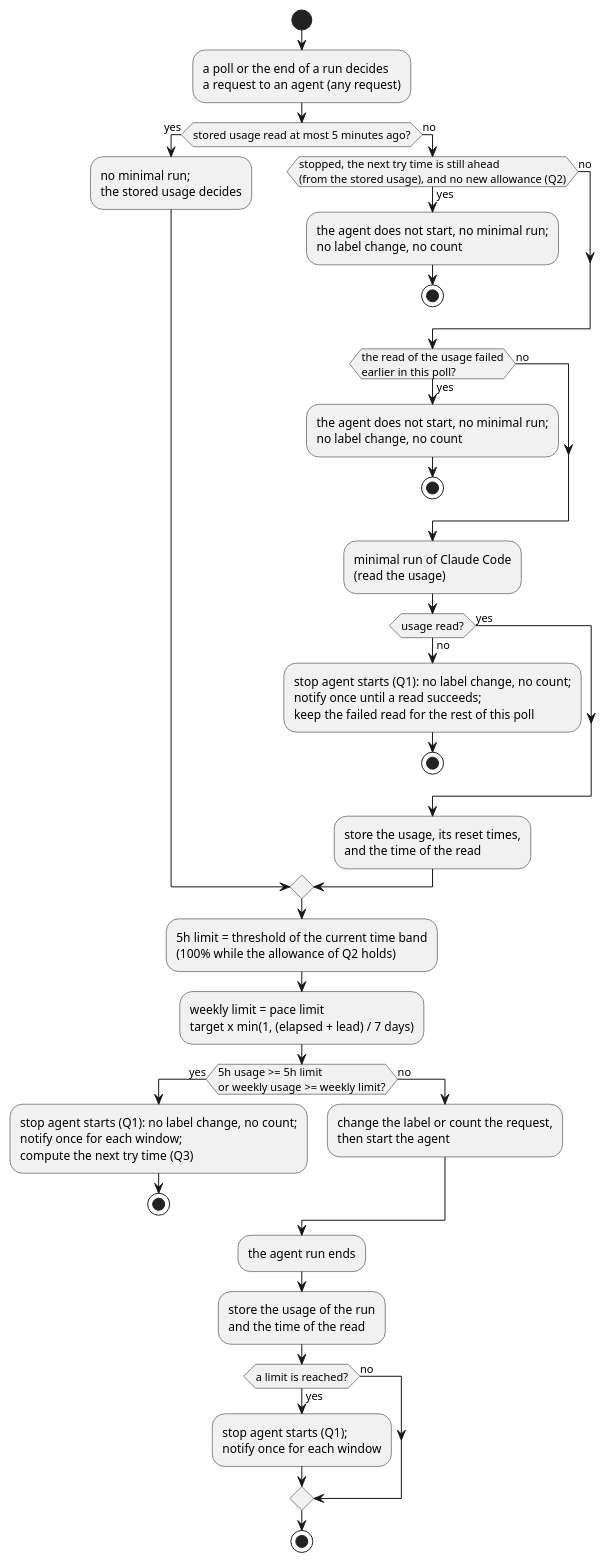
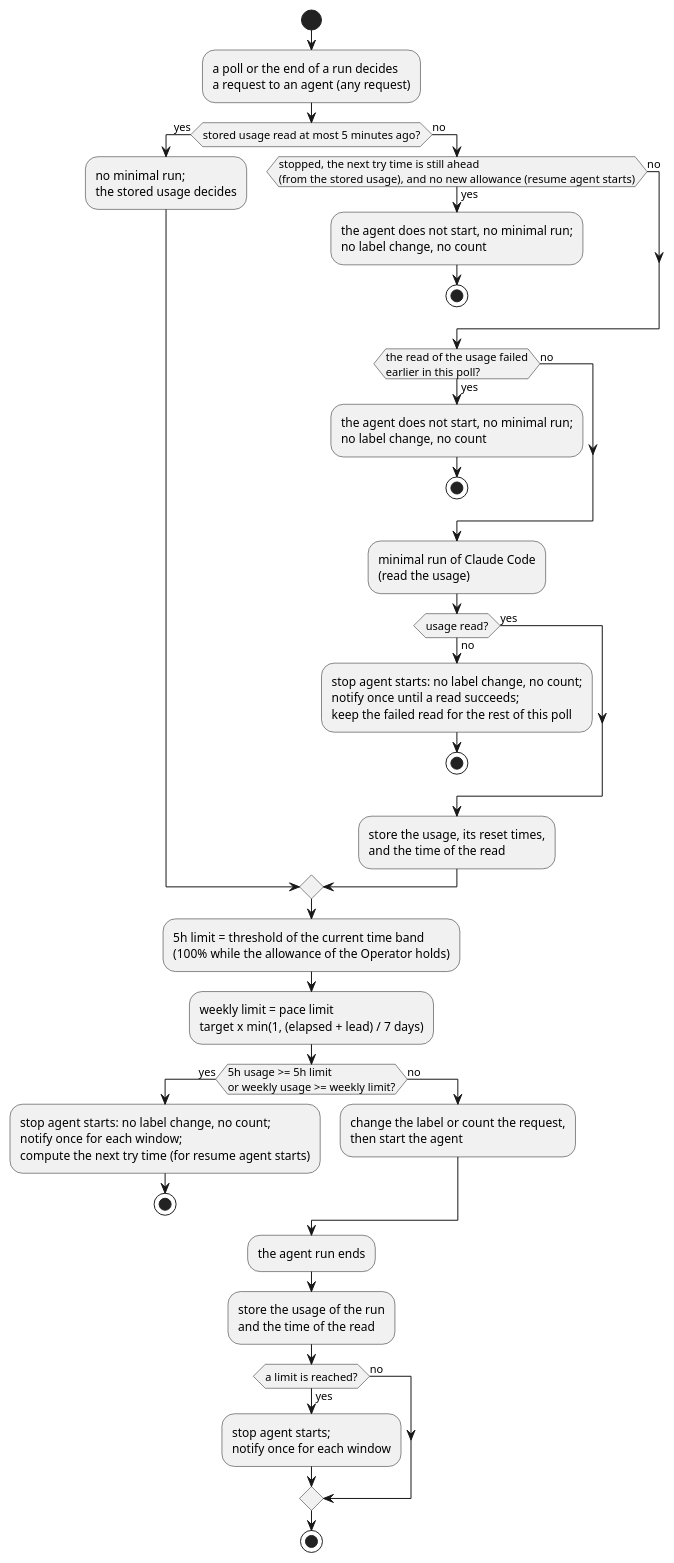
One commit to cloveclovedev/cumin-works changed the diagram in docs/ja/designs/quota-start.puml. Above: the diagram before and after it, drawn with PlantUML. The commit also changed 22 other files, not shown here.

```diff
--- a/docs/ja/designs/quota-start.puml
+++ b/docs/ja/designs/quota-start.puml
@@ -1,46 +1,46 @@
 @startuml quota-start
 ' cumin works - the quota check before every start of an agent and after a run.
 ' Document: quota.md, section on the check before a start.
 ' Render: run scripts/render-diagrams.sh at the root of the repository.
 skinparam shadowing false
 skinparam defaultFontName sans-serif
 
 start
 :a poll or the end of a run decides\na request to an agent (any request);
 if (stored usage read at most 5 minutes ago?) then (yes)
   :no minimal run;\nthe stored usage decides;
 else (no)
-if (stopped, the next try time is still ahead\n(from the stored usage), and no new allowance (Q2)) then (yes)
+if (stopped, the next try time is still ahead\n(from the stored usage), and no new allowance (resume agent starts)) then (yes)
   :the agent does not start, no minimal run;\nno label change, no count;
   stop
 else (no)
 endif
 if (the read of the usage failed\nearlier in this poll?) then (yes)
   :the agent does not start, no minimal run;\nno label change, no count;
   stop
 else (no)
 endif
 :minimal run of Claude Code\n(read the usage);
 if (usage read?) then (no)
-  :stop agent starts (Q1): no label change, no count;\nnotify once until a read succeeds;\nkeep the failed read for the rest of this poll;
+  :stop agent starts: no label change, no count;\nnotify once until a read succeeds;\nkeep the failed read for the rest of this poll;
   stop
 else (yes)
 endif
 :store the usage, its reset times,\nand the time of the read;
 endif
-:5h limit = threshold of the current time band\n(100% while the allowance of Q2 holds);
+:5h limit = threshold of the current time band\n(100% while the allowance of the Operator holds);
 :weekly limit = pace limit\ntarget x min(1, (elapsed + lead) / 7 days);
 if (5h usage >= 5h limit\nor weekly usage >= weekly limit?) then (yes)
-  :stop agent starts (Q1): no label change, no count;\nnotify once for each window;\ncompute the next try time (Q3);
+  :stop agent starts: no label change, no count;\nnotify once for each window;\ncompute the next try time (for resume agent starts);
   stop
 else (no)
   :change the label or count the request,\nthen start the agent;
 endif
 :the agent run ends;
 :store the usage of the run\nand the time of the read;
 if (a limit is reached?) then (yes)
-  :stop agent starts (Q1);\nnotify once for each window;
+  :stop agent starts;\nnotify once for each window;
 else (no)
 endif
 stop
 @enduml
```
